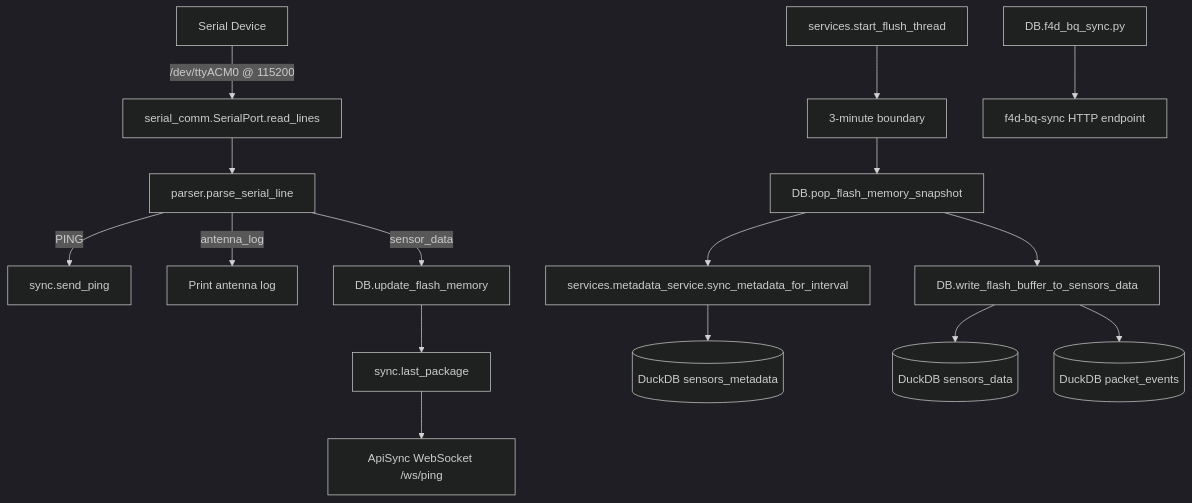
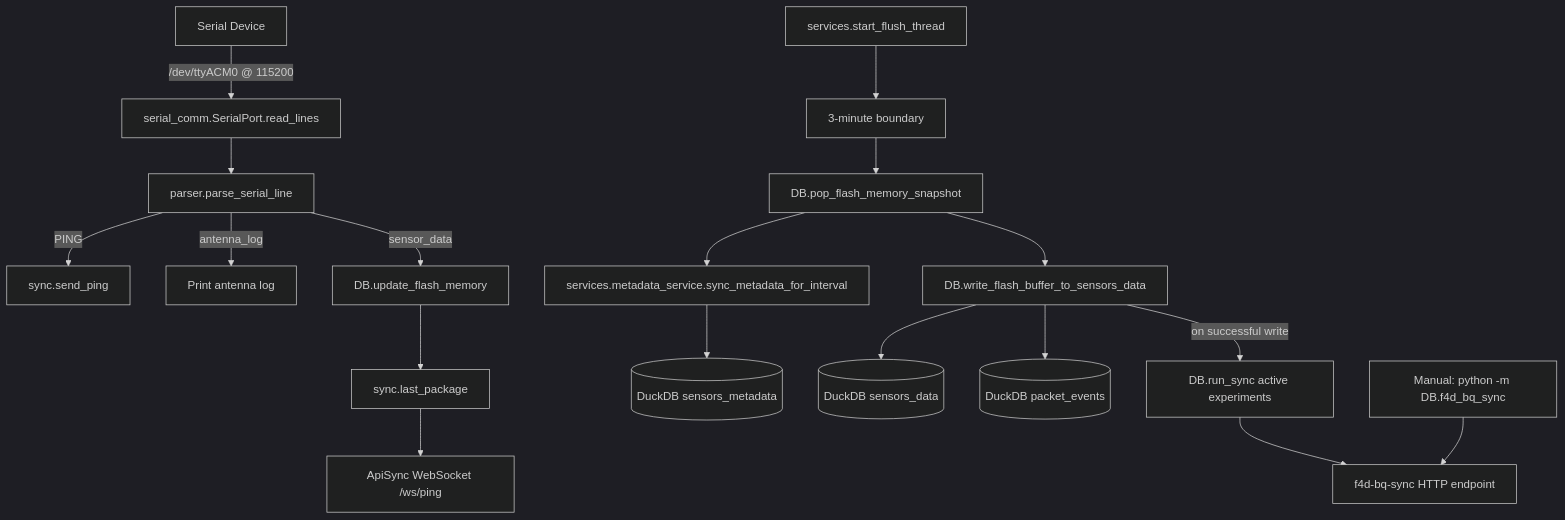
One commit to field-4d/cloud changed the first of 2 diagrams in F4D_python/README.md. Above: the diagram before and after it, drawn with Mermaid (dark theme). The commit also changed other lines of this file and 9 other files, not shown here.

````diff
--- a/F4D_python/README.md
+++ b/F4D_python/README.md
@@ -23,22 +25,24 @@
 ```mermaid
 flowchart TD
   A[Serial Device] -->|/dev/ttyACM0 @ 115200| B[serial_comm.SerialPort.read_lines]
   B --> C[parser.parse_serial_line]
 
   C -->|PING| D[sync.send_ping]
   C -->|antenna_log| E[Print antenna log]
   C -->|sensor_data| F[DB.update_flash_memory]
 
   F --> G[sync.last_package]
   G --> H[ApiSync WebSocket /ws/ping]
 
   I[services.start_flush_thread] --> J[3-minute boundary]
   J --> K[DB.pop_flash_memory_snapshot]
   K --> N[services.metadata_service.sync_metadata_for_interval]
   N --> O[(DuckDB sensors_metadata)]
   K --> L[DB.write_flash_buffer_to_sensors_data]
   L --> M[(DuckDB sensors_data)]
   L --> P[(DuckDB packet_events)]
+  L -->|on successful write| Q[DB.run_sync active experiments]
+  Q --> R[f4d-bq-sync HTTP endpoint]
 
-  Q[DB.f4d_bq_sync.py] --> R[f4d-bq-sync HTTP endpoint]
+  S[Manual: python -m DB.f4d_bq_sync] --> R
 ```
````
